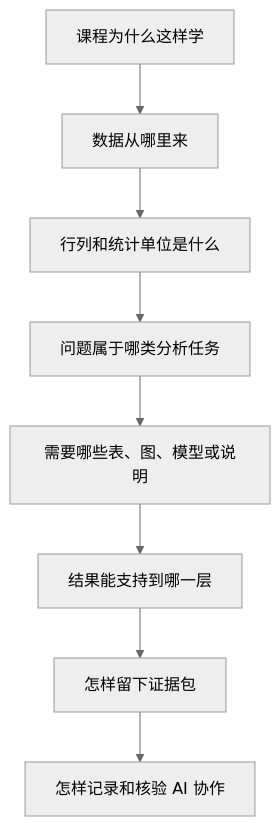
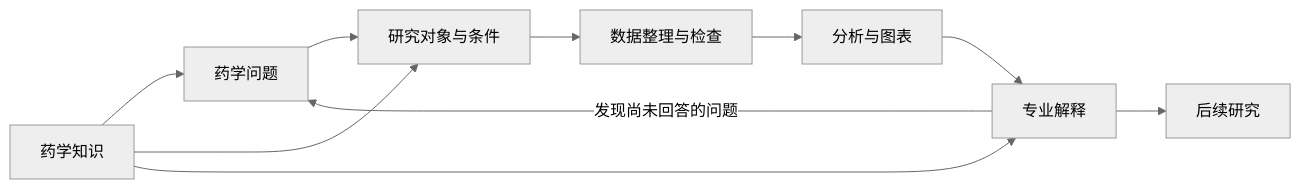
Before and after one commit to luvega/AI_MED_DataVis: the first of 2 diagrams in docs/chapters/chapter-1/index.md, drawn with Mermaid (neutral theme). The commit also changed other lines of this file and 2 other files, not shown here.

````diff
--- a/docs/chapters/chapter-1/index.md
+++ b/docs/chapters/chapter-1/index.md
@@ -63,10 +92,12 @@
 ```mermaid
-flowchart TD
-  A["课程为什么这样学"] --> B["数据从哪里来"]
-  B --> C["行列和统计单位是什么"]
-  C --> D["问题属于哪类分析任务"]
-  D --> E["需要哪些表、图、模型或说明"]
-  E --> F["结果能支持到哪一层"]
-  F --> G["怎样留下证据包"]
-  G --> H["怎样记录和核验 AI 协作"]
+flowchart LR
+    Q["药学问题"] --> O["研究对象与条件"]
+    O --> D["数据整理与检查"]
+    D --> A["分析与图表"]
+    A --> E["专业解释"]
+    E --> N["后续研究"]
+    E -->|"发现尚未回答的问题"| Q
+    K["药学知识"] --> Q
+    K --> O
+    K --> E
 ```
````
